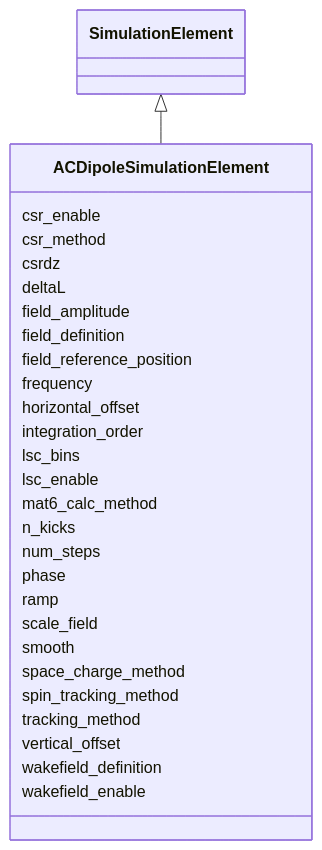
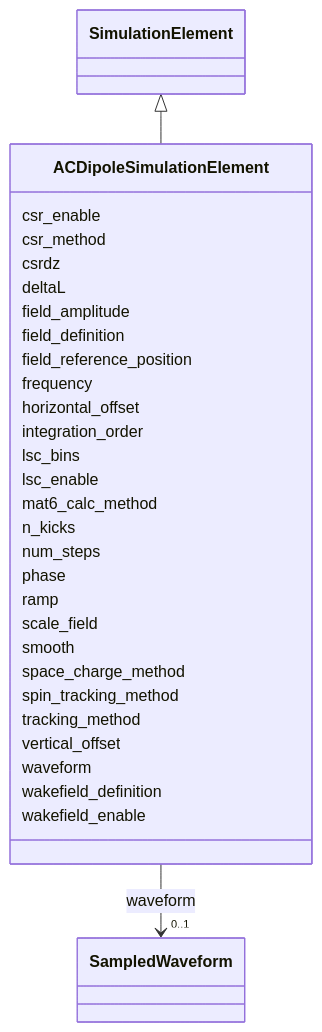
One commit to astec-stfc/laura changed the diagram in docs/source/schema/ACDipoleSimulationElement.md. Above: the diagram before and after it, drawn with Mermaid. The commit also changed other lines of this file and 22 other files, not shown here.

````diff
--- a/docs/source/schema/ACDipoleSimulationElement.md
+++ b/docs/source/schema/ACDipoleSimulationElement.md
@@ -18,59 +18,68 @@
 ```mermaid
  classDiagram
     class ACDipoleSimulationElement
     click ACDipoleSimulationElement href "../ACDipoleSimulationElement/"
       SimulationElement <|-- ACDipoleSimulationElement
         click SimulationElement href "../SimulationElement/"
       
       ACDipoleSimulationElement : csr_enable
         
       ACDipoleSimulationElement : csr_method
         
       ACDipoleSimulationElement : csrdz
         
       ACDipoleSimulationElement : deltaL
         
       ACDipoleSimulationElement : field_amplitude
         
       ACDipoleSimulationElement : field_definition
         
       ACDipoleSimulationElement : field_reference_position
         
       ACDipoleSimulationElement : frequency
         
       ACDipoleSimulationElement : horizontal_offset
         
       ACDipoleSimulationElement : integration_order
         
       ACDipoleSimulationElement : lsc_bins
         
       ACDipoleSimulationElement : lsc_enable
         
       ACDipoleSimulationElement : mat6_calc_method
         
       ACDipoleSimulationElement : n_kicks
         
       ACDipoleSimulationElement : num_steps
         
       ACDipoleSimulationElement : phase
         
       ACDipoleSimulationElement : ramp
         
       ACDipoleSimulationElement : scale_field
         
       ACDipoleSimulationElement : smooth
         
       ACDipoleSimulationElement : space_charge_method
         
       ACDipoleSimulationElement : spin_tracking_method
         
       ACDipoleSimulationElement : tracking_method
         
       ACDipoleSimulationElement : vertical_offset
         
+      ACDipoleSimulationElement : waveform
+        
+          
+    
+    
+    ACDipoleSimulationElement --> "0..1" SampledWaveform : waveform
+    click SampledWaveform href "../SampledWaveform/"
+
+        
       ACDipoleSimulationElement : wakefield_definition
         
       ACDipoleSimulationElement : wakefield_enable
         
       
 ```
````
